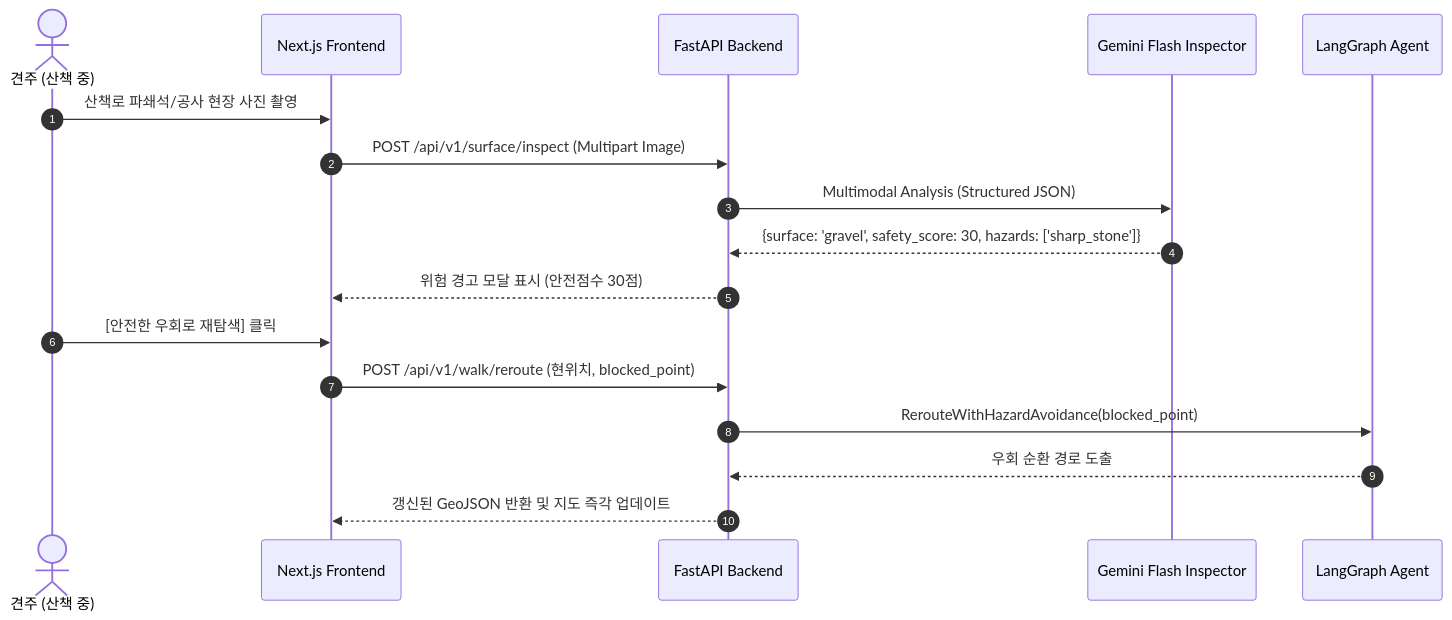
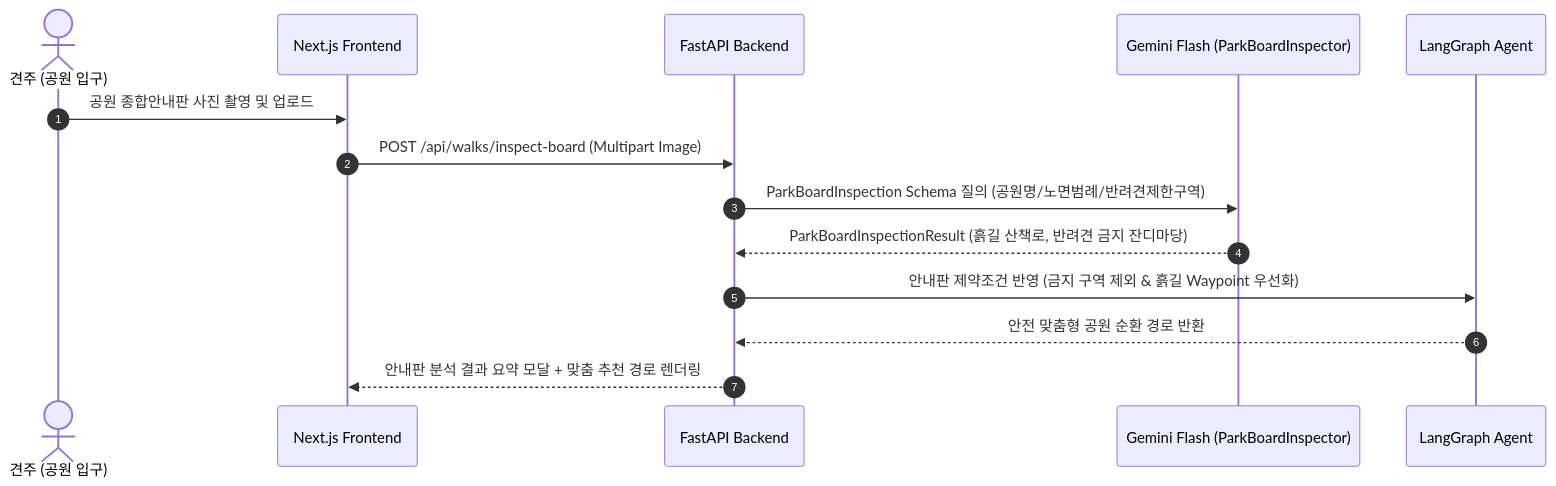
The fifth of 6 diagrams in docs/04_PawTrail_Architecture_Design.md (gigantess/PawTrail), drawn with Mermaid before and after one commit. The commit also changed other lines of this file and 11 other files, not shown here.

````diff
--- a/docs/04_PawTrail_Architecture_Design.md
+++ b/docs/04_PawTrail_Architecture_Design.md
@@ -318,21 +358,17 @@
 ```mermaid
 sequenceDiagram
     autonumber
-    actor User as 견주 (산책 중)
+    actor User as 견주 (공원 입구)
     participant Front as Next.js Frontend
     participant API as FastAPI Backend
-    participant Vision as Gemini Flash Inspector
+    participant Vision as Gemini Flash (ParkBoardInspector)
     participant Agent as LangGraph Agent
 
-    User->>Front: 산책로 파쇄석/공사 현장 사진 촬영
-    Front->>API: POST /api/v1/surface/inspect (Multipart Image)
-    API->>Vision: Multimodal Analysis (Structured JSON)
-    Vision-->>API: {surface: 'gravel', safety_score: 30, hazards: ['sharp_stone']}
-    API-->>Front: 위험 경고 모달 표시 (안전점수 30점)
-    
-    User->>Front: [안전한 우회로 재탐색] 클릭
-    Front->>API: POST /api/v1/walk/reroute (현위치, blocked_point)
-    API->>Agent: RerouteWithHazardAvoidance(blocked_point)
-    Agent-->>API: 우회 순환 경로 도출
-    API-->>Front: 갱신된 GeoJSON 반환 및 지도 즉각 업데이트
+    User->>Front: 공원 종합안내판 사진 촬영 및 업로드
+    Front->>API: POST /api/walks/inspect-board (Multipart Image)
+    API->>Vision: ParkBoardInspection Schema 질의 (공원명/노면범례/반려견제한구역)
+    Vision-->>API: ParkBoardInspectionResult (흙길 산책로, 반려견 금지 잔디마당)
+    API->>Agent: 안내판 제약조건 반영 (금지 구역 제외 & 흙길 Waypoint 우선화)
+    Agent-->>API: 안전 맞춤형 공원 순환 경로 반환
+    API-->>Front: 안내판 분석 결과 요약 모달 + 맞춤 추천 경로 렌더링
 ```
````
